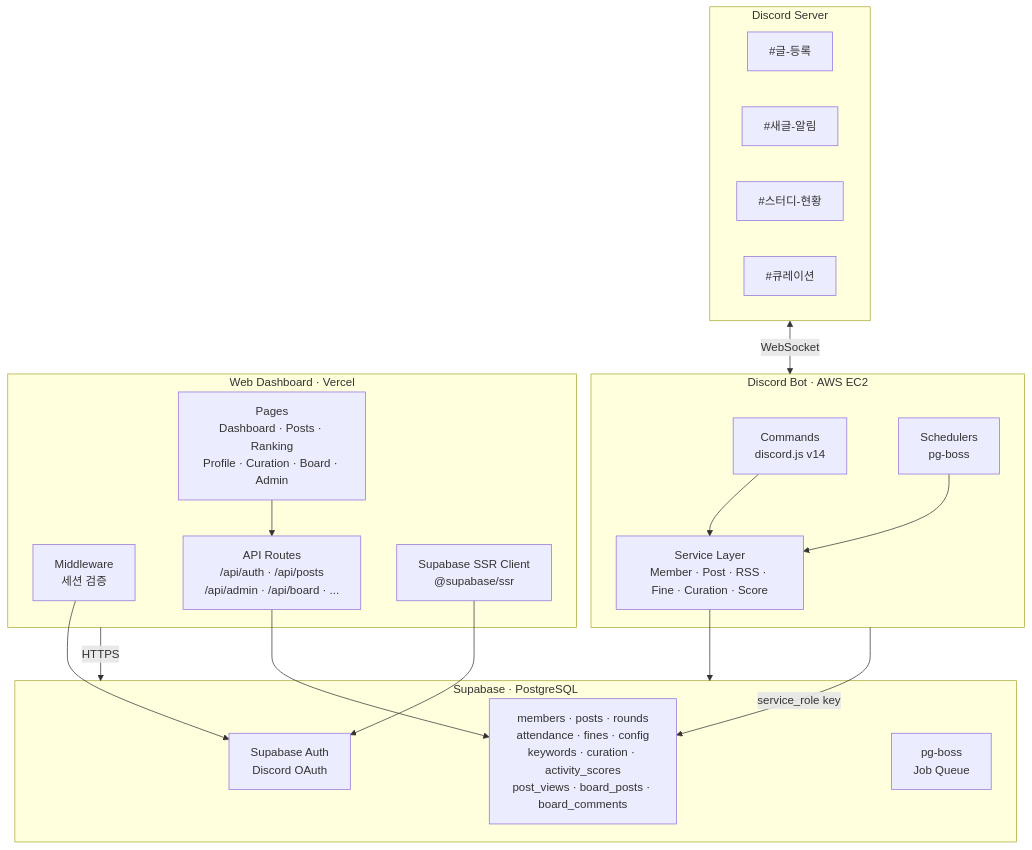
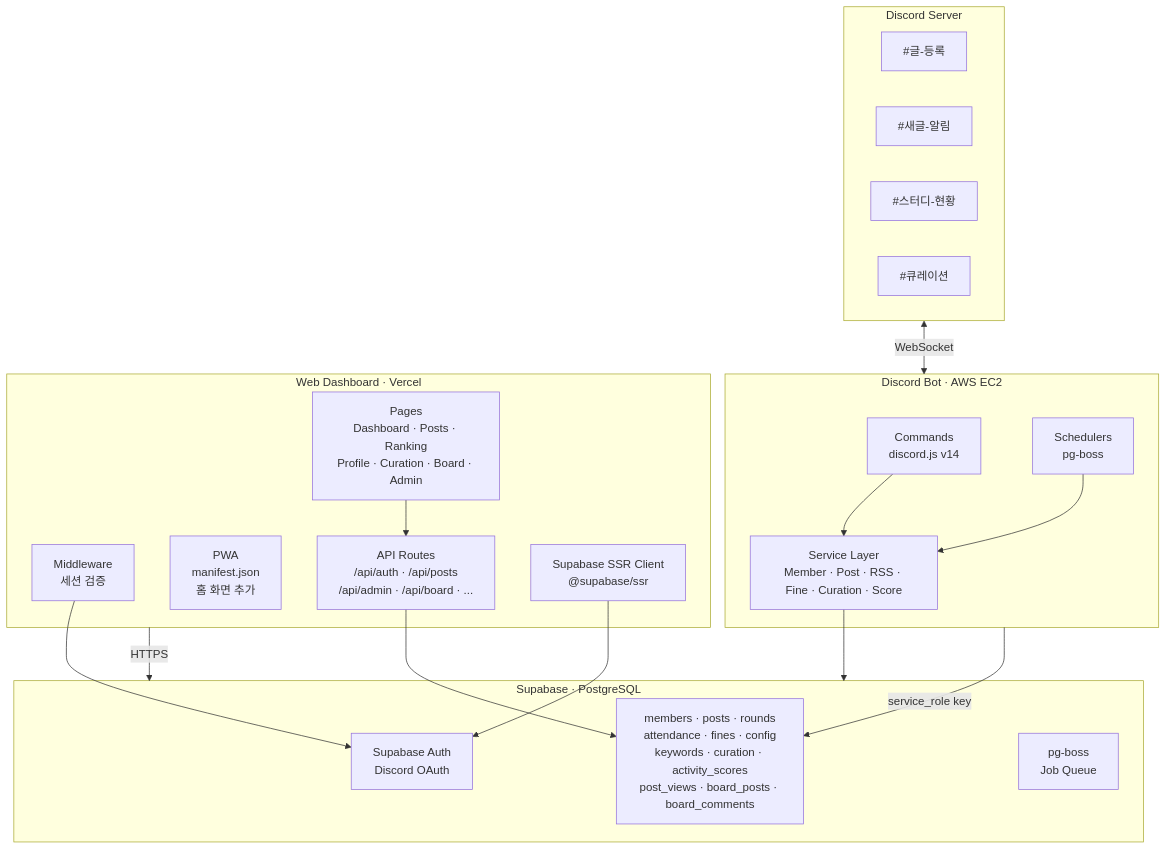
One commit to bbbang105/study-admin changed the first of 9 diagrams in docs/ARCHITECTURE.md. Above: the diagram before and after it, drawn with Mermaid. The commit also changed other lines of this file and 9 other files, not shown here.

````diff
--- a/docs/ARCHITECTURE.md
+++ b/docs/ARCHITECTURE.md
@@ -9,40 +9,41 @@
 ```mermaid
 graph TB
     subgraph Discord["Discord Server"]
         CH1["#글-등록"]
         CH2["#새글-알림"]
         CH3["#스터디-현황"]
         CH4["#큐레이션"]
     end
 
     subgraph Bot["Discord Bot · AWS EC2"]
         CMD["Commands<br/>discord.js v14"]
         SCH["Schedulers<br/>pg-boss"]
         SVC["Service Layer<br/>Member · Post · RSS · Fine · Curation · Score"]
     end
 
     subgraph DB["Supabase · PostgreSQL"]
         AUTH["Supabase Auth<br/>Discord OAuth"]
         TABLES["members · posts · rounds<br/>attendance · fines · config<br/>keywords · curation · activity_scores<br/>post_views · board_posts · board_comments"]
         PGBOSS["pg-boss<br/>Job Queue"]
     end
 
     subgraph Web["Web Dashboard · Vercel"]
         MW["Middleware<br/>세션 검증"]
         PAGES["Pages<br/>Dashboard · Posts · Ranking<br/>Profile · Curation · Board · Admin"]
+        PWA["PWA<br/>manifest.json<br/>홈 화면 추가"]
         API["API Routes<br/>/api/auth · /api/posts<br/>/api/admin · /api/board · ..."]
         SUPA_CLIENT["Supabase SSR Client<br/>@supabase/ssr"]
     end
 
     Discord <-->|WebSocket| Bot
     CMD --> SVC
     SCH --> SVC
     SVC --> DB
     Bot -->|service_role key| TABLES
 
     Web -->|HTTPS| DB
     MW --> AUTH
     SUPA_CLIENT --> AUTH
     API --> TABLES
     PAGES --> API
 ```
````
